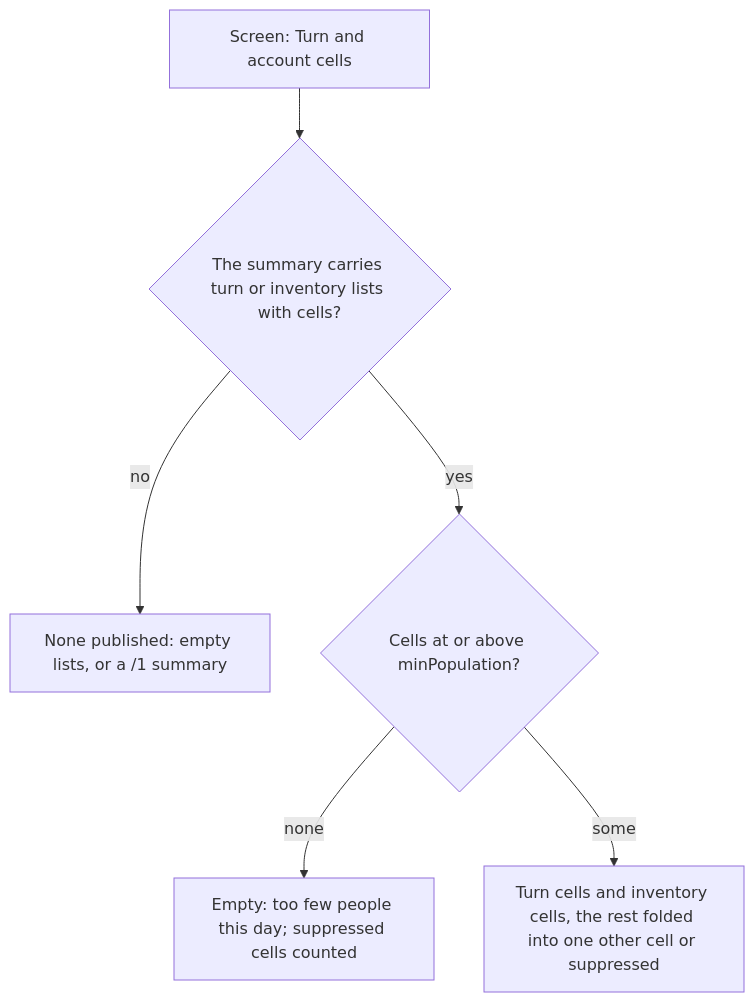
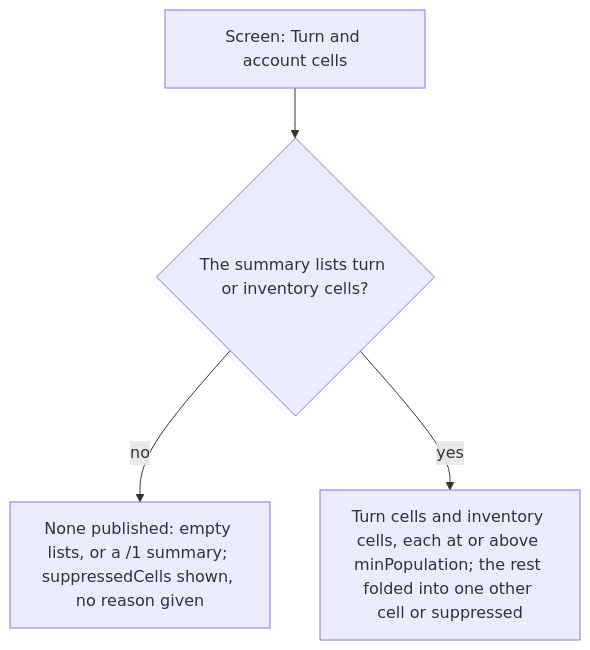
One commit to passioncode-ai/fabric-agent-contract changed diagram 35 of 35 in docs/ux/flows.md. Above: the diagram before and after it, drawn with Mermaid. The commit also changed other lines of this file and 4 other files, not shown here.

Commit message:
Fixes wave round 2 folded: one state for empty turn and inventory lists (no reason given); DV-4 grades a relayed mandate taken; the floor's comment

````diff
--- a/docs/ux/flows.md
+++ b/docs/ux/flows.md
@@ -1014,8 +1014,6 @@
 ```mermaid
 flowchart TD
-  A[Screen: Turn and account cells] --> R{The summary carries turn or inventory lists with cells?}
-  R -->|no| N[None published: empty lists, or a /1 summary]
-  R -->|yes| D{Cells at or above minPopulation?}
-  D -->|none| E[Empty: too few people this day; suppressed cells counted]
-  D -->|some| S[Turn cells and inventory cells, the rest folded into one other cell or suppressed]
+  A[Screen: Turn and account cells] --> R{The summary lists turn or inventory cells?}
+  R -->|no| N[None published: empty lists, or a /1 summary; suppressedCells shown, no reason given]
+  R -->|yes| S[Turn cells and inventory cells, each at or above minPopulation; the rest folded into one other cell or suppressed]
 ```
````
